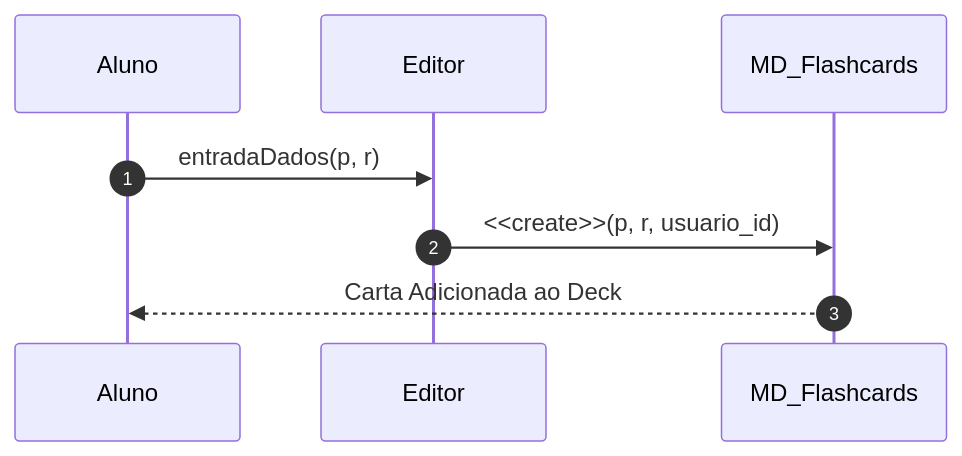
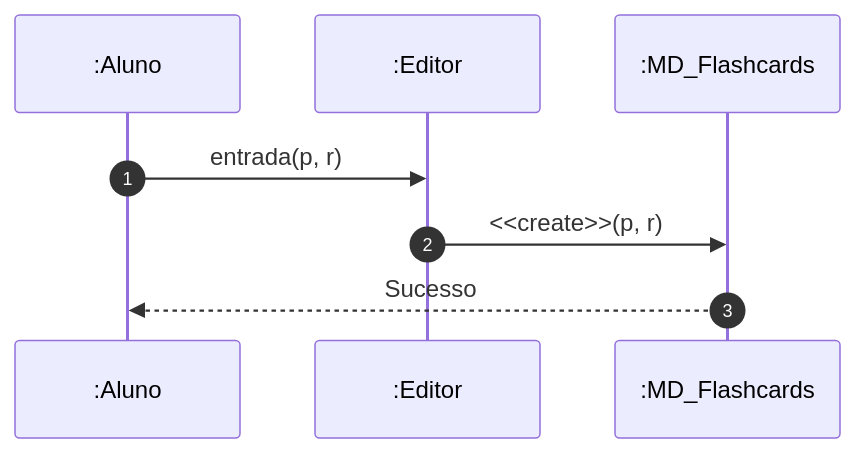
One commit to MayconDIS/PIM_III-Documentacao_UML changed the second of 2 diagrams in PIM_III/02_Modelagem_UML_Astah/UC10_Criar_Flashcards/README.md. Above: the diagram before and after it, drawn with Mermaid. The commit also changed other lines of this file and 17 other files, not shown here.

````diff
--- a/PIM_III/02_Modelagem_UML_Astah/UC10_Criar_Flashcards/README.md
+++ b/PIM_III/02_Modelagem_UML_Astah/UC10_Criar_Flashcards/README.md
@@ -44,10 +44,10 @@
 ```mermaid
 sequenceDiagram
     autonumber
-    participant A as Aluno
-    participant E as Editor
-    participant F as MD_Flashcards
-    A->>E: entradaDados(p, r)
-    E->>F: <<create>>(p, r, usuario_id)
-    F-->>A: Carta Adicionada ao Deck
+    participant A as :Aluno
+    participant E as :Editor
+    participant F as :MD_Flashcards
+    A->>E: entrada(p, r)
+    E->>F: <<create>>(p, r)
+    F-->>A: Sucesso
 ```
````
